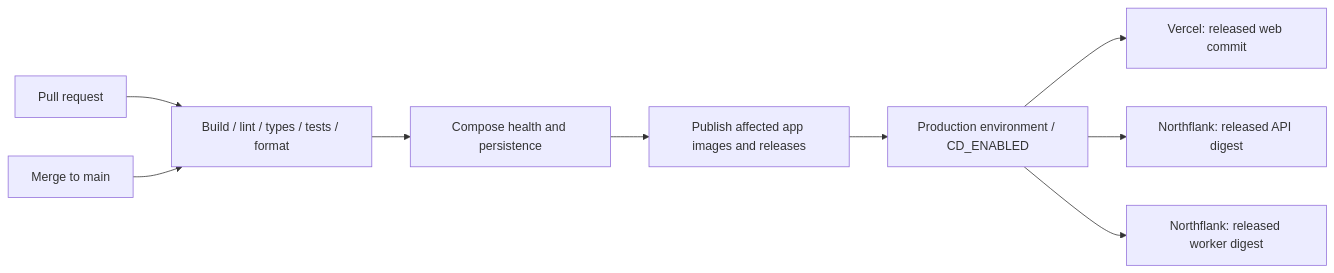
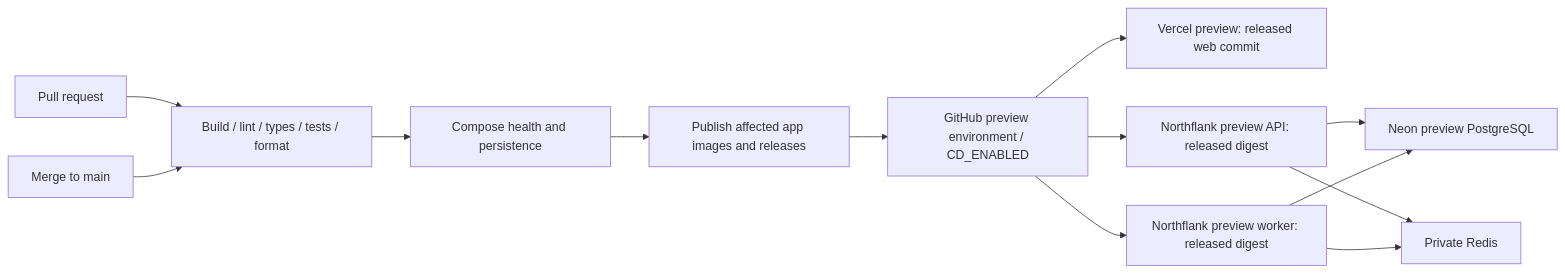
The diagram in docs/CI_CD.md (ashvir99260/flowboard), drawn with Mermaid before and after one commit. The commit also changed other lines of this file and 18 other files, not shown here.

````diff
--- a/docs/CI_CD.md
+++ b/docs/CI_CD.md
@@ -7,11 +5,15 @@
 ```mermaid
 flowchart LR
   PR[Pull request] --> Checks[Build / lint / types / tests / format]
+  Main[Merge to main] --> Checks
   Checks --> Docker[Compose health and persistence]
-  Main[Merge to main] --> Checks
   Docker --> Publish[Publish affected app images and releases]
-  Publish --> Gate[Production environment / CD_ENABLED]
-  Gate --> Web[Vercel: released web commit]
-  Gate --> API[Northflank: released API digest]
-  Gate --> Worker[Northflank: released worker digest]
+  Publish --> Gate[GitHub preview environment / CD_ENABLED]
+  Gate --> Web[Vercel preview: released web commit]
+  Gate --> API[Northflank preview API: released digest]
+  Gate --> Worker[Northflank preview worker: released digest]
+  API --> Neon[Neon preview PostgreSQL]
+  API --> Redis[Private Redis]
+  Worker --> Neon
+  Worker --> Redis
 ```
````
